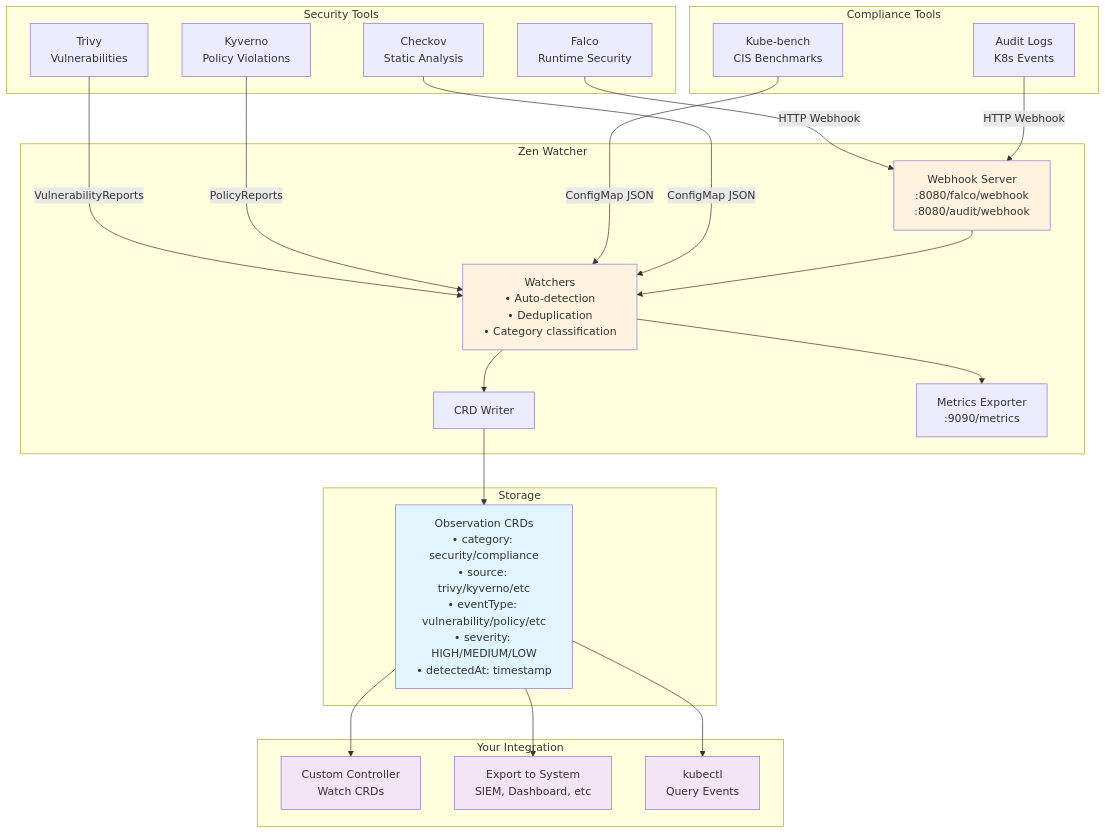
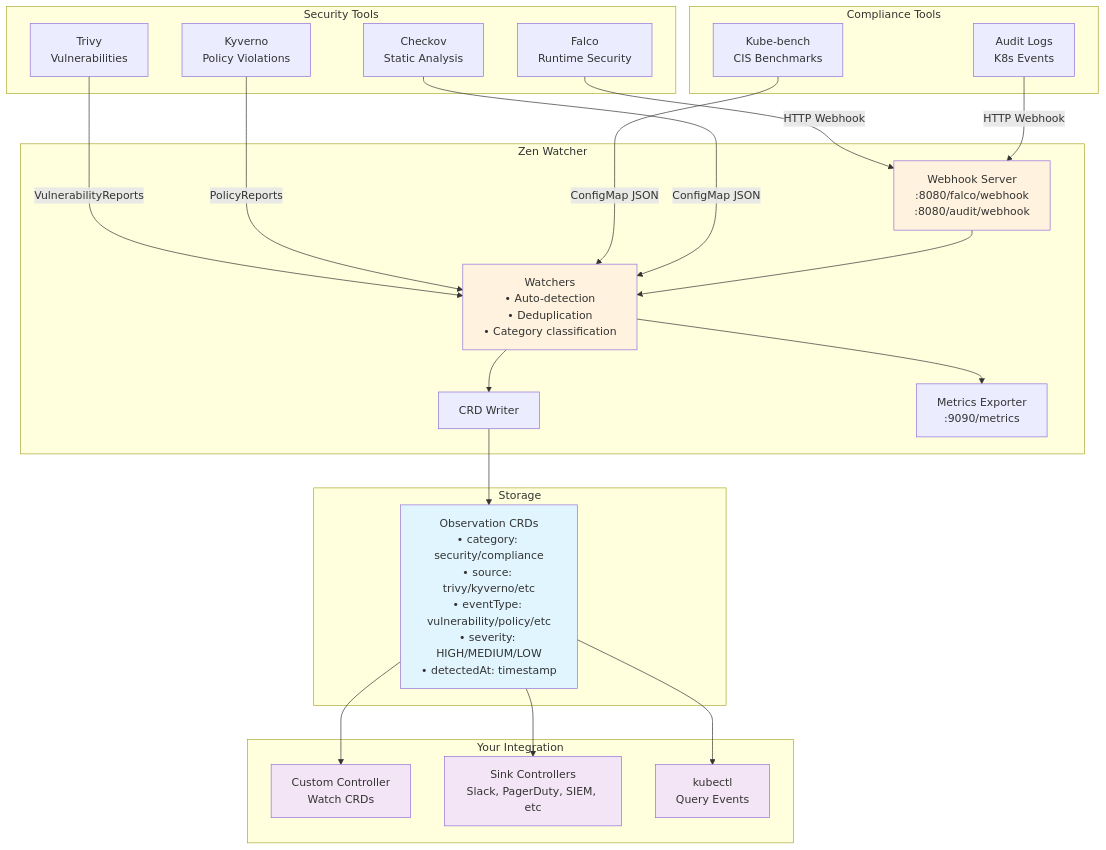
Before and after one commit to kube-zen/zen-watcher: the diagram in README.md, drawn with Mermaid. The commit also changed other lines of this file and 30 other files, not shown here.

````diff
--- a/README.md
+++ b/README.md
@@ -52,52 +61,52 @@
 ```mermaid
 graph TB
     subgraph "Security Tools"
         A[Trivy<br/>Vulnerabilities]
         B[Falco<br/>Runtime Security]
         C[Kyverno<br/>Policy Violations]
         F1[Checkov<br/>Static Analysis]
     end
     
     subgraph "Compliance Tools"
         D[Audit Logs<br/>K8s Events]
         E[Kube-bench<br/>CIS Benchmarks]
     end
     
     subgraph "Zen Watcher"
         F[Watchers<br/>• Auto-detection<br/>• Deduplication<br/>• Category classification]
         G[CRD Writer]
         H[Metrics Exporter<br/>:9090/metrics]
         W[Webhook Server<br/>:8080/falco/webhook<br/>:8080/audit/webhook]
     end
     
     subgraph "Storage"
         I[Observation CRDs<br/>• category: security/compliance<br/>• source: trivy/kyverno/etc<br/>• eventType: vulnerability/policy/etc<br/>• severity: HIGH/MEDIUM/LOW<br/>• detectedAt: timestamp]
     end
     
     subgraph "Your Integration"
         J[Custom Controller<br/>Watch CRDs]
-        K[Export to System<br/>SIEM, Dashboard, etc]
+        K[Sink Controllers<br/>Slack, PagerDuty, SIEM, etc]
         L[kubectl<br/>Query Events]
     end
     
     A -->|VulnerabilityReports| F
     B -->|HTTP Webhook| W
     C -->|PolicyReports| F
     D -->|HTTP Webhook| W
     E -->|ConfigMap JSON| F
     F1 -->|ConfigMap JSON| F
     W --> F
     F --> G
     G --> I
     F --> H
     I --> J
     I --> K
     I --> L
     
     style I fill:#e1f5ff
     style F fill:#fff3e0
     style W fill:#fff3e0
     style J fill:#f3e5f5
     style K fill:#f3e5f5
     style L fill:#f3e5f5
 ```
````
